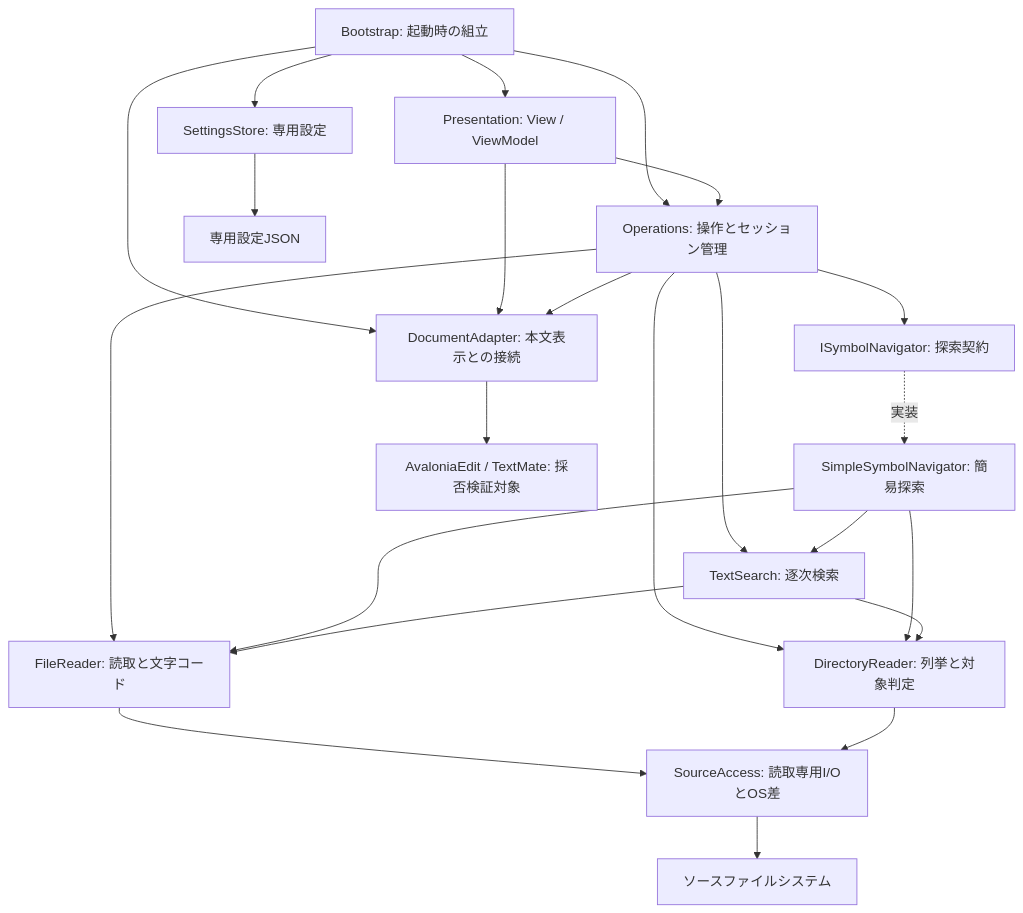
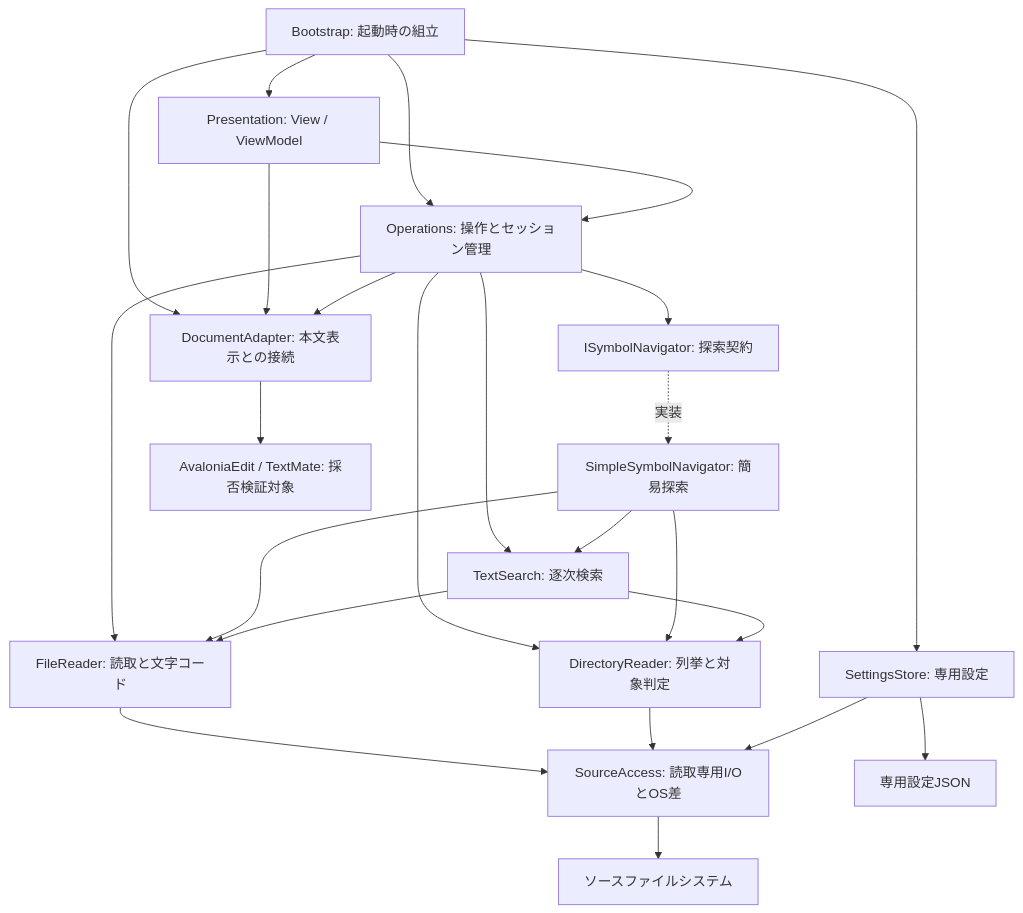
Before and after one commit to m-hiroaki/codeView: the first of 2 diagrams in docs/architecture.md, drawn with Mermaid. The commit also changed other lines of this file and 7 other files, not shown here.

````diff
--- a/docs/architecture.md
+++ b/docs/architecture.md
@@ -82,25 +82,26 @@
 ```mermaid
 flowchart TD
     B[Bootstrap: 起動時の組立] --> P[Presentation: View / ViewModel]
     B --> D[DocumentAdapter: 本文表示との接続]
     B --> O[Operations: 操作とセッション管理]
     B --> C[SettingsStore: 専用設定]
     P --> O
     P --> D
     O --> D
     O --> F[FileReader: 読取と文字コード]
     O --> T[DirectoryReader: 列挙と対象判定]
     O --> S[TextSearch: 逐次検索]
     O --> N[ISymbolNavigator: 探索契約]
     N -. 実装 .-> L[SimpleSymbolNavigator: 簡易探索]
     L --> S
     L --> T
     L --> F
     S --> T
     S --> F
     F --> R[SourceAccess: 読取専用I/OとOS差]
     T --> R
     D --> E[AvaloniaEdit / TextMate: 採否検証対象]
     R --> FS[ソースファイルシステム]
     C --> CFG[専用設定JSON]
+    C --> R
 ```
````
